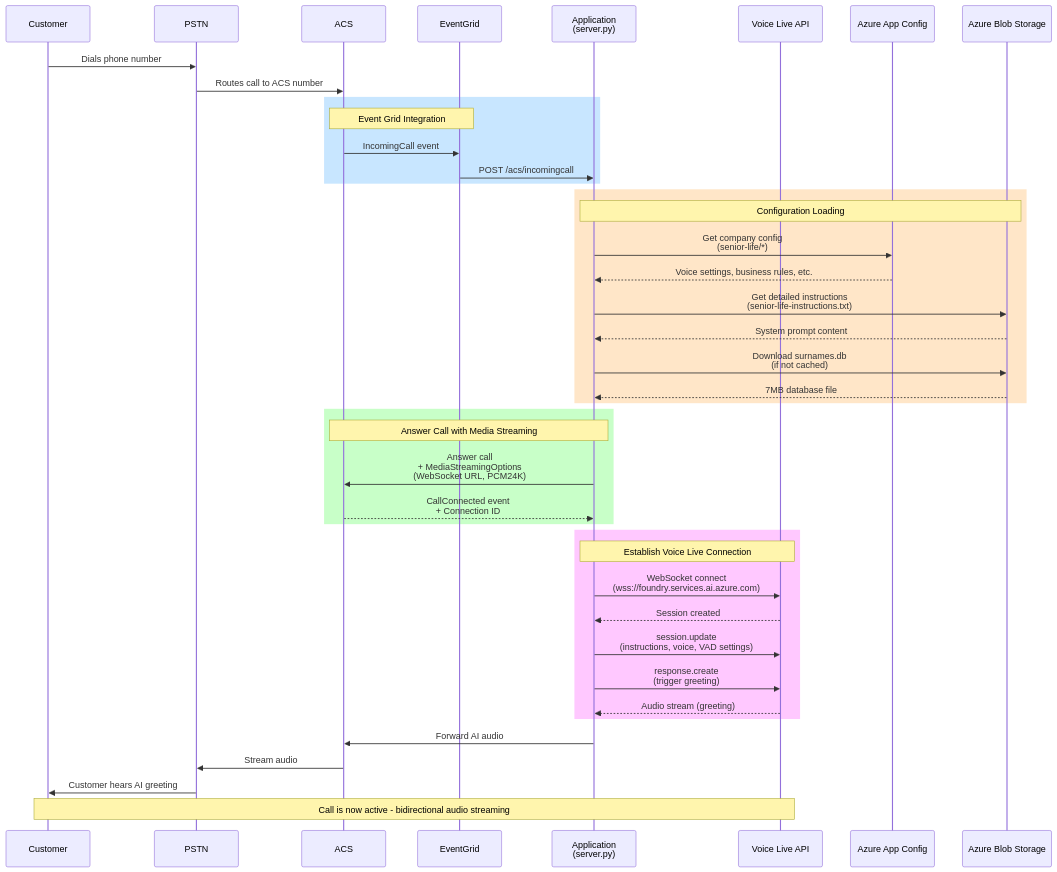
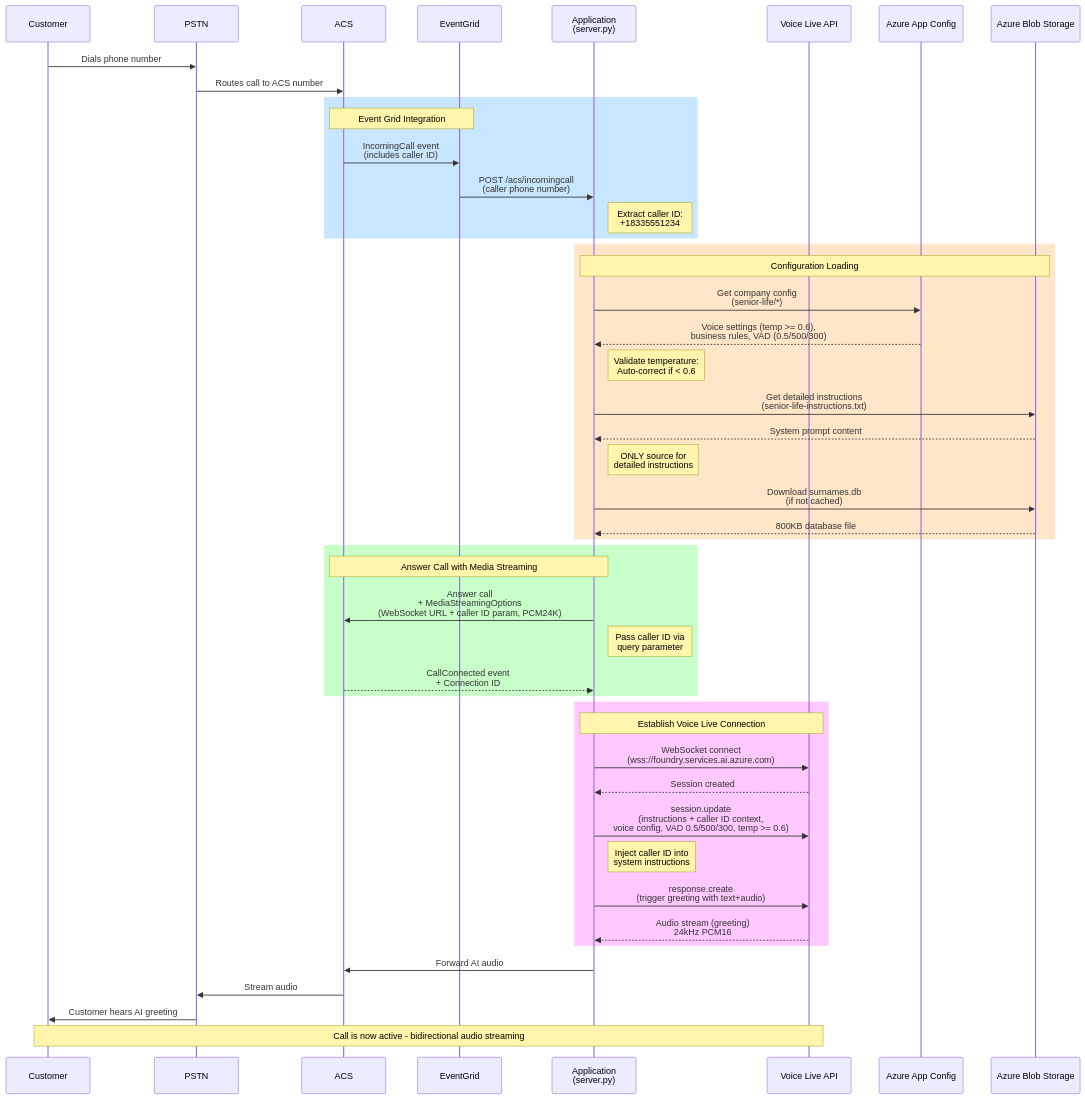
One commit to kireland3517/voice-agents-platform changed the second of 9 diagrams in ARCHITECTURE_DIAGRAMS.md. Above: the diagram before and after it, drawn with Mermaid. The commit also changed other lines of this file, not shown here.

Commit message:
Update architecture diagrams with recent implementation details
Added to Call Initiation Sequence diagram:
- Caller ID extraction from IncomingCall event
- Caller ID passed through query parameter to WebSocket
- Caller ID injected into system instructions
- Temperature validation (>= 0.6) with auto-correction
- Updated VAD settings (0.5/500ms/300ms)
- Clarified blob storage as ONLY source for instructions
- Specified 24kHz PCM16 audio format
- Text+audio modalities for greeting

Added "Recent Updates" section at top documenting:
- Caller ID flow
- Temperature validation
- VAD settings optimization
- 24kHz audio format
- Blob storage instruction source

These diagrams now accurately reflect all October 26, 2025 fixes and improvements.

🤖 Generated with [Claude Code](https://claude.com/claude-code)

````diff
--- a/ARCHITECTURE_DIAGRAMS.md
+++ b/ARCHITECTURE_DIAGRAMS.md
@@ -90,51 +99,56 @@
 ```mermaid
 sequenceDiagram
     participant Customer
     participant PSTN
     participant ACS
     participant EventGrid
     participant App as Application<br/>(server.py)
     participant VoiceLive as Voice Live API
     participant AppConfig as Azure App Config
     participant Blob as Azure Blob Storage
 
     Customer->>PSTN: Dials phone number
     PSTN->>ACS: Routes call to ACS number
 
     rect rgb(200, 230, 255)
         Note over ACS,EventGrid: Event Grid Integration
-        ACS->>EventGrid: IncomingCall event
-        EventGrid->>App: POST /acs/incomingcall
+        ACS->>EventGrid: IncomingCall event<br/>(includes caller ID)
+        EventGrid->>App: POST /acs/incomingcall<br/>(caller phone number)
+        Note right of App: Extract caller ID:<br/>+18335551234
     end
 
     rect rgb(255, 230, 200)
         Note over App,Blob: Configuration Loading
         App->>AppConfig: Get company config<br/>(senior-life/*)
-        AppConfig-->>App: Voice settings, business rules, etc.
+        AppConfig-->>App: Voice settings (temp >= 0.6),<br/>business rules, VAD (0.5/500/300)
+        Note right of App: Validate temperature:<br/>Auto-correct if < 0.6
         App->>Blob: Get detailed instructions<br/>(senior-life-instructions.txt)
         Blob-->>App: System prompt content
+        Note right of App: ONLY source for<br/>detailed instructions
         App->>Blob: Download surnames.db<br/>(if not cached)
-        Blob-->>App: 7MB database file
+        Blob-->>App: 800KB database file
     end
 
     rect rgb(200, 255, 200)
         Note over App,ACS: Answer Call with Media Streaming
-        App->>ACS: Answer call<br/>+ MediaStreamingOptions<br/>(WebSocket URL, PCM24K)
+        App->>ACS: Answer call<br/>+ MediaStreamingOptions<br/>(WebSocket URL + caller ID param, PCM24K)
+        Note right of App: Pass caller ID via<br/>query parameter
         ACS-->>App: CallConnected event<br/>+ Connection ID
     end
 
     rect rgb(255, 200, 255)
         Note over App,VoiceLive: Establish Voice Live Connection
         App->>VoiceLive: WebSocket connect<br/>(wss://foundry.services.ai.azure.com)
         VoiceLive-->>App: Session created
-        App->>VoiceLive: session.update<br/>(instructions, voice, VAD settings)
-        App->>VoiceLive: response.create<br/>(trigger greeting)
-        VoiceLive-->>App: Audio stream (greeting)
+        App->>VoiceLive: session.update<br/>(instructions + caller ID context,<br/>voice config, VAD 0.5/500/300, temp >= 0.6)
+        Note right of App: Inject caller ID into<br/>system instructions
+        App->>VoiceLive: response.create<br/>(trigger greeting with text+audio)
+        VoiceLive-->>App: Audio stream (greeting)<br/>24kHz PCM16
     end
 
     App->>ACS: Forward AI audio
     ACS->>PSTN: Stream audio
     PSTN->>Customer: Customer hears AI greeting
 
     Note over Customer,VoiceLive: Call is now active - bidirectional audio streaming
 ```
````
